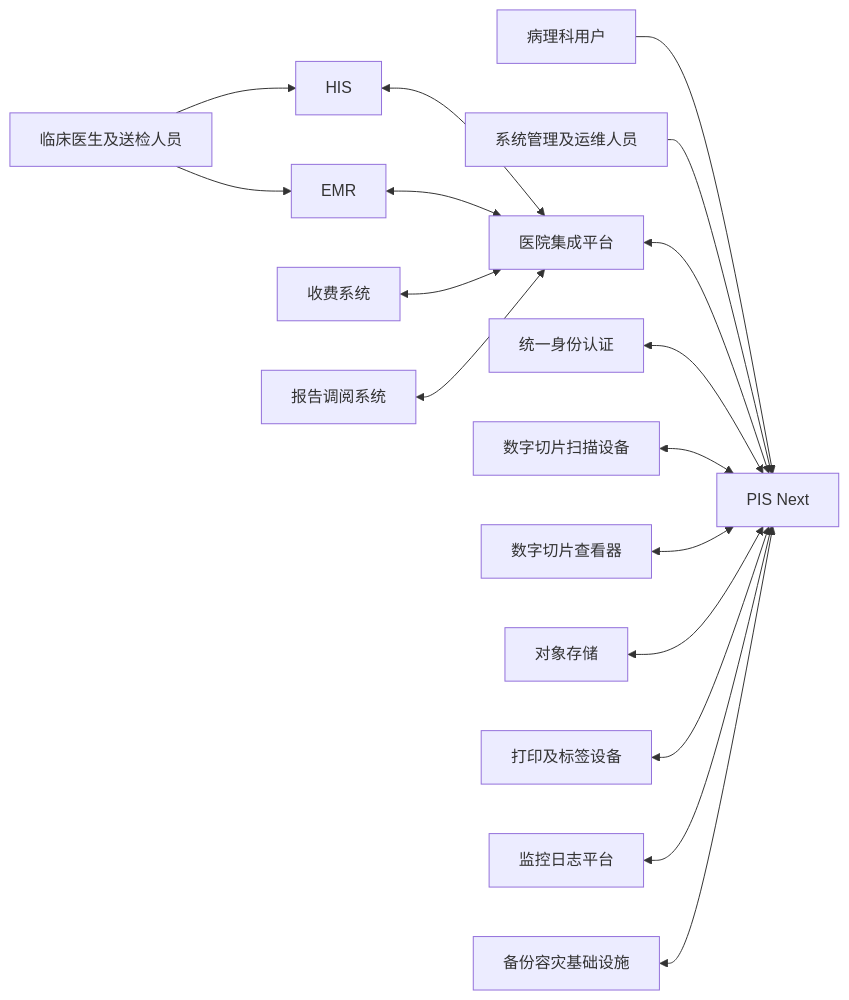
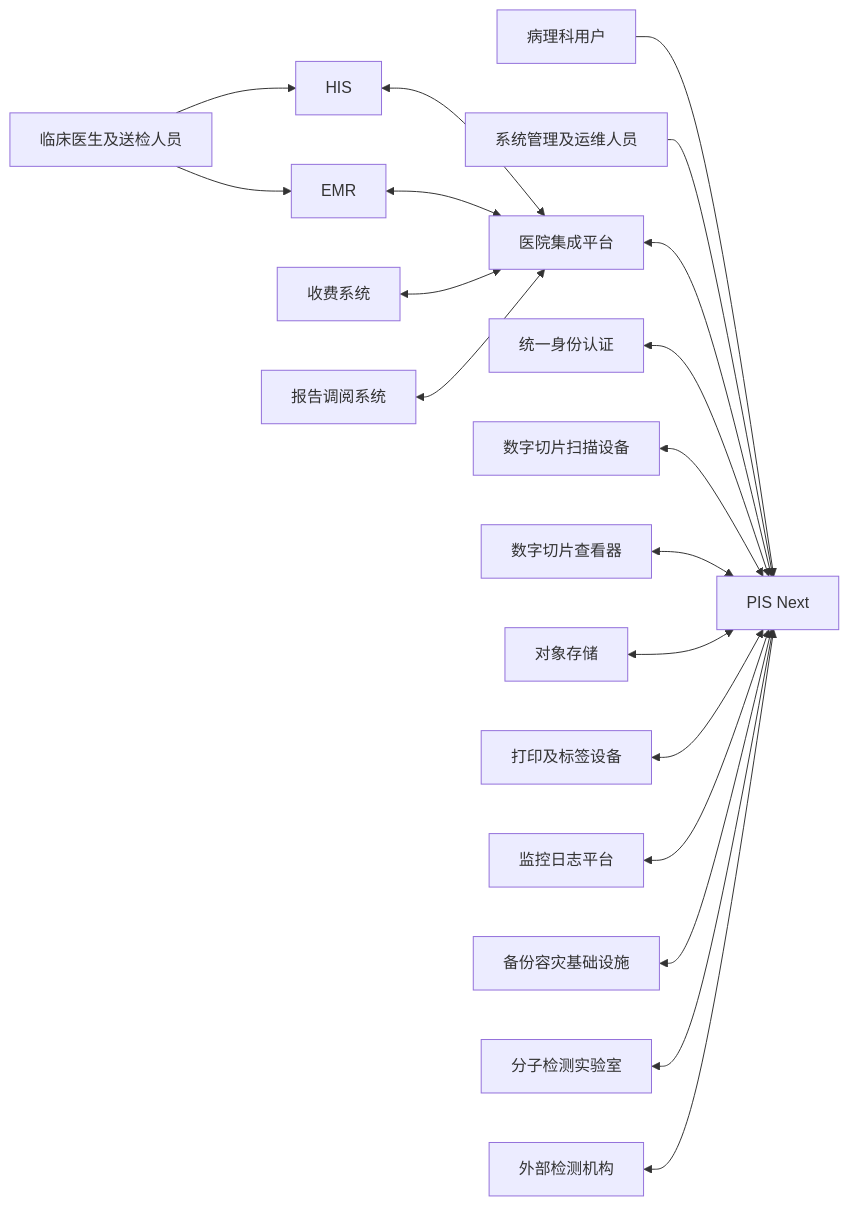
The diagram in docs/architecture/system-context.md (Hanjisang/pis-next), drawn with Mermaid before and after one commit. The commit also changed other lines of this file and 24 other files, not shown here.

````diff
--- a/docs/architecture/system-context.md
+++ b/docs/architecture/system-context.md
@@ -367,41 +390,45 @@
 ```mermaid
 flowchart LR
     Clinical[临床医生及送检人员]
     Pathology[病理科用户]
     Admin[系统管理及运维人员]
 
     HIS[HIS]
     EMR[EMR]
     ESB[医院集成平台]
     SSO[统一身份认证]
     Billing[收费系统]
     Portal[报告调阅系统]
     Scanner[数字切片扫描设备]
     Viewer[数字切片查看器]
     Storage[对象存储]
     Printer[打印及标签设备]
     Monitor[监控日志平台]
     Backup[备份容灾基础设施]
+    MolecularLab[分子检测实验室]
+    ReferralLab[外部检测机构]
 
     PIS[PIS Next]
 
     Clinical --> HIS
     Clinical --> EMR
 
     Pathology --> PIS
     Admin --> PIS
 
     HIS <--> ESB
     EMR <--> ESB
     Billing <--> ESB
     Portal <--> ESB
 
     ESB <--> PIS
     SSO <--> PIS
     Scanner <--> PIS
     Viewer <--> PIS
     Storage <--> PIS
     Printer <--> PIS
     Monitor <--> PIS
     Backup <--> PIS
+    MolecularLab <--> PIS
+    ReferralLab <--> PIS
 ```
````
